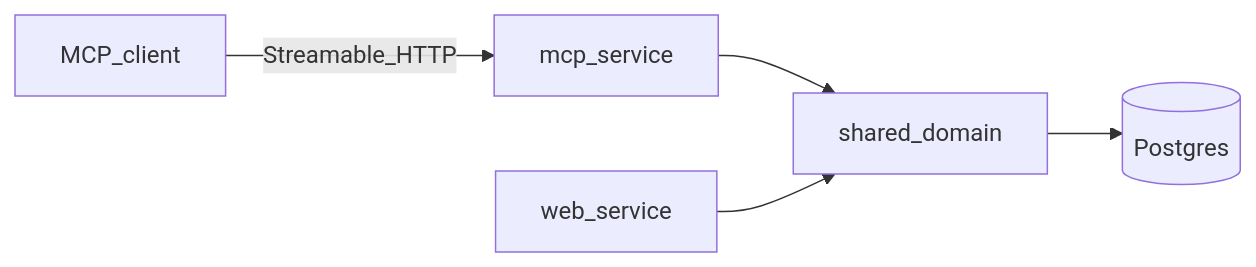
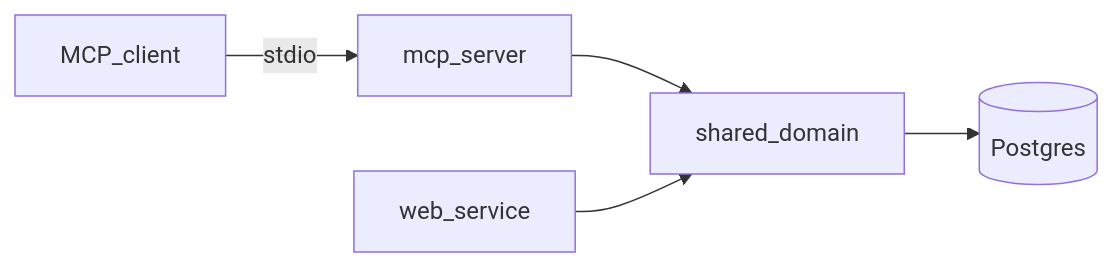
The second of 2 diagrams in docs/architecture.md (DouglasMacKrell/signalbrief), drawn with Mermaid before and after one commit. The commit also changed other lines of this file and 17 other files, not shown here.

First line of the commit message:
feat: telemetry, UI polish, and MCP read-only agent tools.

````diff
--- a/docs/architecture.md
+++ b/docs/architecture.md
@@ -109,7 +111,7 @@
 ```mermaid
 flowchart LR
-  Agent[MCP_client] -->|Streamable_HTTP| MCP[mcp_service]
+  Agent[MCP_client] -->|stdio| MCP[mcp_server]
   MCP --> Domain[shared_domain]
   Web[web_service] --> Domain
   Domain --> PG[(Postgres)]
 ```
````
